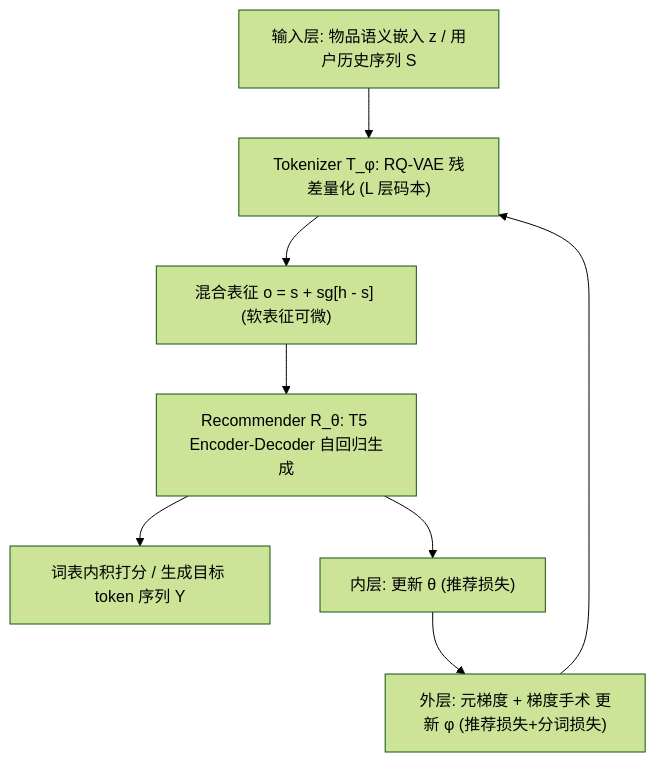
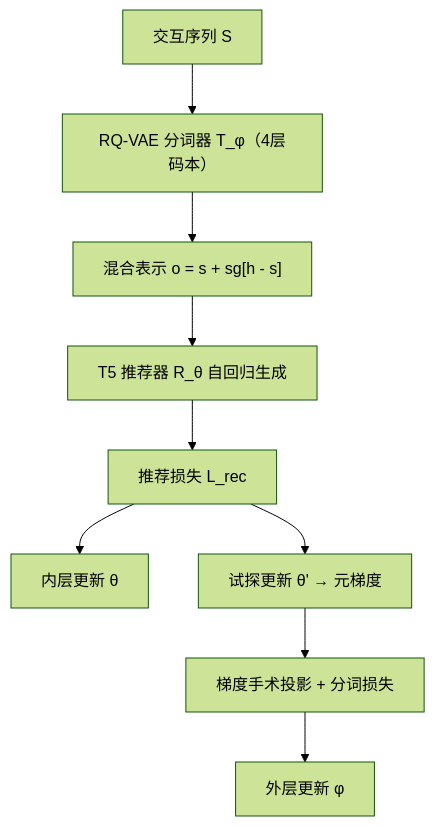
The diagram in docs/venues/SIGIR/2026/generative_rec/bi_level_optimization_for_generative_recommendation_bridging_tokenization_a.md (jbdcia321vw/Paper-Notes), drawn with Mermaid (forest theme) before and after one commit. The commit also changed other lines of this file and 1119 other files, not shown here.

````diff
--- a/docs/venues/SIGIR/2026/generative_rec/bi_level_optimization_for_generative_recommendation_bridging_tokenization_a.md
+++ b/docs/venues/SIGIR/2026/generative_rec/bi_level_optimization_for_generative_recommendation_bridging_tokenization_a.md
@@ -61,10 +46,11 @@
 ```mermaid
 flowchart TD
-    A["输入层: 物品语义嵌入 z / 用户历史序列 S"] --> B["Tokenizer T_φ: RQ-VAE 残差量化 (L 层码本)"]
-    B --> C["混合表征 o = s + sg[h - s] (软表征可微)"]
-    C --> D["Recommender R_θ: T5 Encoder-Decoder 自回归生成"]
-    D --> E["词表内积打分 / 生成目标 token 序列 Y"]
-    D --> F["内层: 更新 θ (推荐损失)"]
-    F --> G["外层: 元梯度 + 梯度手术 更新 φ (推荐损失+分词损失)"]
-    G --> B
+    A["交互序列 S"] --> B["RQ-VAE 分词器 T_φ（4层码本）"]
+    B --> C["混合表示 o = s + sg[h - s]"]
+    C --> D["T5 推荐器 R_θ 自回归生成"]
+    D --> E["推荐损失 L_rec"]
+    E --> F["内层更新 θ"]
+    E --> G["试探更新 θ' → 元梯度"]
+    G --> H["梯度手术投影 + 分词损失"]
+    H --> I["外层更新 φ"]
 ```
````
